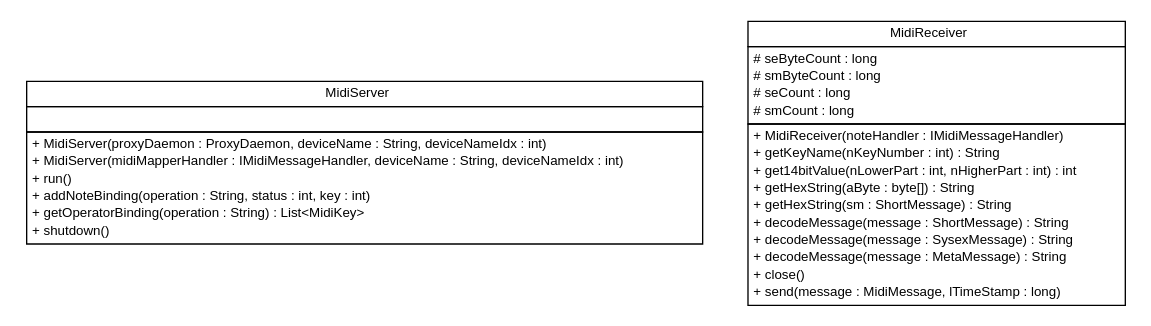
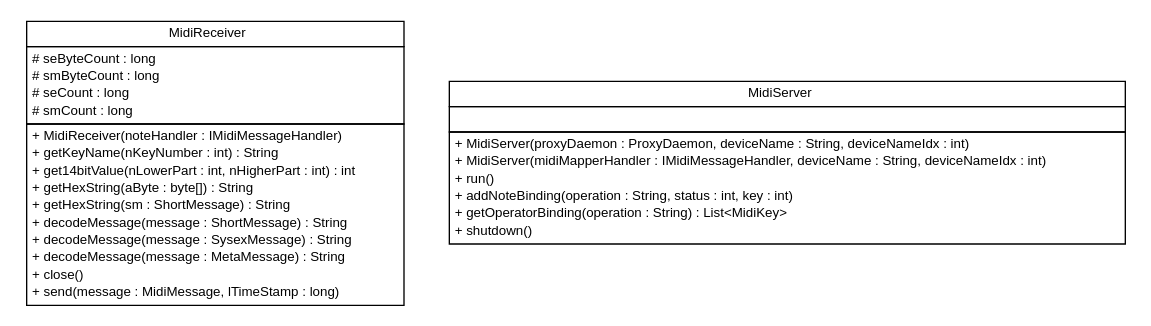
The diagram in apidocs/com/xley/lfosc/midi/receiver/com.xley.lfosc.midi.receiver.dot (pcross616/lf-osc-proxy), drawn with Graphviz before and after one commit. The commit also changed 352 other files, not shown here.

```diff
--- a/apidocs/com/xley/lfosc/midi/receiver/com.xley.lfosc.midi.receiver.dot
+++ b/apidocs/com/xley/lfosc/midi/receiver/com.xley.lfosc.midi.receiver.dot
@@ -1,53 +1,53 @@
 #!/usr/local/bin/dot
 #
 # Class diagram 
 # Generated by UMLGraph version R5_6 (http://www.umlgraph.org/)
 #
 
 digraph G {
 	edge [fontname="Helvetica",fontsize=10,labelfontname="Helvetica",labelfontsize=10];
 	node [fontname="Helvetica",fontsize=10,shape=plaintext];
 	nodesep=0.25;
 	ranksep=0.5;
-	// com.xley.lfosc.midi.receiver.MidiServer
-	c260 [label=<<table title="com.xley.lfosc.midi.receiver.MidiServer" border="0" cellborder="1" cellspacing="0" cellpadding="2" port="p" href="./MidiServer.html">
-		<tr><td><table border="0" cellspacing="0" cellpadding="1">
-<tr><td align="center" balign="center"> MidiServer </td></tr>
-		</table></td></tr>
-		<tr><td><table border="0" cellspacing="0" cellpadding="1">
-<tr><td align="left" balign="left">  </td></tr>
-		</table></td></tr>
-		<tr><td><table border="0" cellspacing="0" cellpadding="1">
-<tr><td align="left" balign="left"> + MidiServer(proxyDaemon : ProxyDaemon, deviceName : String, deviceNameIdx : int) </td></tr>
-<tr><td align="left" balign="left"> + MidiServer(midiMapperHandler : IMidiMessageHandler, deviceName : String, deviceNameIdx : int) </td></tr>
-<tr><td align="left" balign="left"> + run() </td></tr>
-<tr><td align="left" balign="left"> + addNoteBinding(operation : String, status : int, key : int) </td></tr>
-<tr><td align="left" balign="left"> + getOperatorBinding(operation : String) : List&lt;MidiKey&gt; </td></tr>
-<tr><td align="left" balign="left"> + shutdown() </td></tr>
-		</table></td></tr>
-		</table>>, URL="./MidiServer.html", fontname="Helvetica", fontcolor="black", fontsize=10.0];
 	// com.xley.lfosc.midi.receiver.MidiReceiver
-	c261 [label=<<table title="com.xley.lfosc.midi.receiver.MidiReceiver" border="0" cellborder="1" cellspacing="0" cellpadding="2" port="p" href="./MidiReceiver.html">
+	c131 [label=<<table title="com.xley.lfosc.midi.receiver.MidiReceiver" border="0" cellborder="1" cellspacing="0" cellpadding="2" port="p" href="./MidiReceiver.html">
 		<tr><td><table border="0" cellspacing="0" cellpadding="1">
 <tr><td align="center" balign="center"> MidiReceiver </td></tr>
 		</table></td></tr>
 		<tr><td><table border="0" cellspacing="0" cellpadding="1">
 <tr><td align="left" balign="left"> # seByteCount : long </td></tr>
 <tr><td align="left" balign="left"> # smByteCount : long </td></tr>
 <tr><td align="left" balign="left"> # seCount : long </td></tr>
 <tr><td align="left" balign="left"> # smCount : long </td></tr>
 		</table></td></tr>
 		<tr><td><table border="0" cellspacing="0" cellpadding="1">
 <tr><td align="left" balign="left"> + MidiReceiver(noteHandler : IMidiMessageHandler) </td></tr>
 <tr><td align="left" balign="left"> + getKeyName(nKeyNumber : int) : String </td></tr>
 <tr><td align="left" balign="left"> + get14bitValue(nLowerPart : int, nHigherPart : int) : int </td></tr>
 <tr><td align="left" balign="left"> + getHexString(aByte : byte[]) : String </td></tr>
 <tr><td align="left" balign="left"> + getHexString(sm : ShortMessage) : String </td></tr>
 <tr><td align="left" balign="left"> + decodeMessage(message : ShortMessage) : String </td></tr>
 <tr><td align="left" balign="left"> + decodeMessage(message : SysexMessage) : String </td></tr>
 <tr><td align="left" balign="left"> + decodeMessage(message : MetaMessage) : String </td></tr>
 <tr><td align="left" balign="left"> + close() </td></tr>
 <tr><td align="left" balign="left"> + send(message : MidiMessage, lTimeStamp : long) </td></tr>
 		</table></td></tr>
 		</table>>, URL="./MidiReceiver.html", fontname="Helvetica", fontcolor="black", fontsize=10.0];
+	// com.xley.lfosc.midi.receiver.MidiServer
+	c132 [label=<<table title="com.xley.lfosc.midi.receiver.MidiServer" border="0" cellborder="1" cellspacing="0" cellpadding="2" port="p" href="./MidiServer.html">
+		<tr><td><table border="0" cellspacing="0" cellpadding="1">
+<tr><td align="center" balign="center"> MidiServer </td></tr>
+		</table></td></tr>
+		<tr><td><table border="0" cellspacing="0" cellpadding="1">
+<tr><td align="left" balign="left">  </td></tr>
+		</table></td></tr>
+		<tr><td><table border="0" cellspacing="0" cellpadding="1">
+<tr><td align="left" balign="left"> + MidiServer(proxyDaemon : ProxyDaemon, deviceName : String, deviceNameIdx : int) </td></tr>
+<tr><td align="left" balign="left"> + MidiServer(midiMapperHandler : IMidiMessageHandler, deviceName : String, deviceNameIdx : int) </td></tr>
+<tr><td align="left" balign="left"> + run() </td></tr>
+<tr><td align="left" balign="left"> + addNoteBinding(operation : String, status : int, key : int) </td></tr>
+<tr><td align="left" balign="left"> + getOperatorBinding(operation : String) : List&lt;MidiKey&gt; </td></tr>
+<tr><td align="left" balign="left"> + shutdown() </td></tr>
+		</table></td></tr>
+		</table>>, URL="./MidiServer.html", fontname="Helvetica", fontcolor="black", fontsize=10.0];
 }
```
